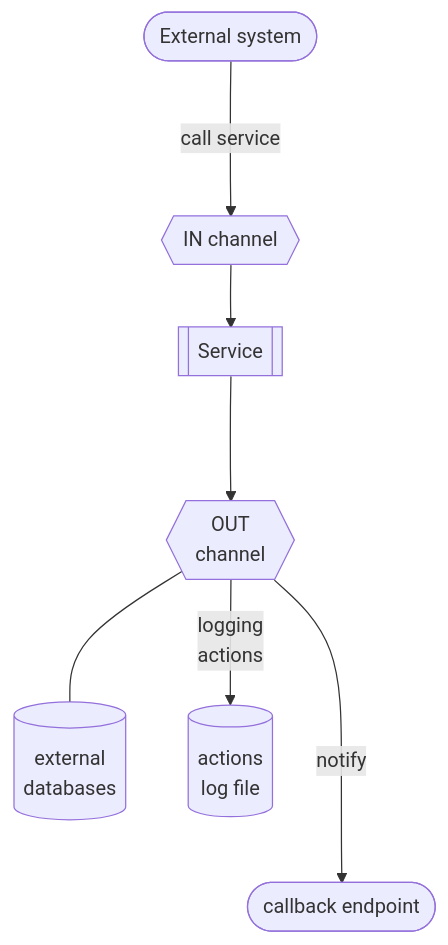
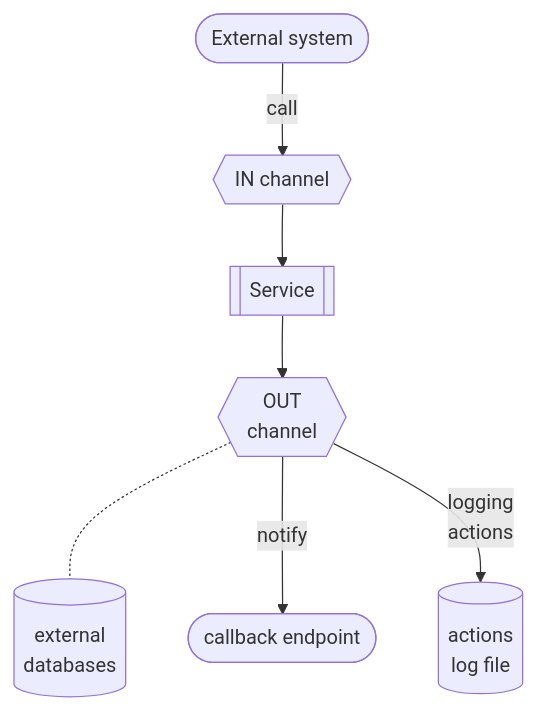
One commit to petre-renware/arint changed the diagram in doc_src/810-DSGN/130.02-Overview.md. Above: the diagram before and after it, drawn with Mermaid.

````diff
--- a/doc_src/810-DSGN/130.02-Overview.md
+++ b/doc_src/810-DSGN/130.02-Overview.md
@@ -24,19 +24,19 @@
 ``` mermaid
 graph TD
     SRV[[Service]]
     EXT([External system])
     INCH{{IN channel}}
     DTB[(external \n databases)]
     OUTCH{{OUT \n channel}}
     CALLBCK([callback endpoint])
     LOGFILE[(actions \n log file)]
     
-    EXT --->|call service| INCH
+    EXT -->|call| INCH
     INCH --> SRV
-    SRV ---> OUTCH
+    SRV --> OUTCH
     
-    OUTCH --- DTB
-    OUTCH ---> |notify| CALLBCK
+    OUTCH -.- DTB
+    OUTCH --> |notify| CALLBCK
     OUTCH --> |logging \n actions| LOGFILE
 
 ```
````
